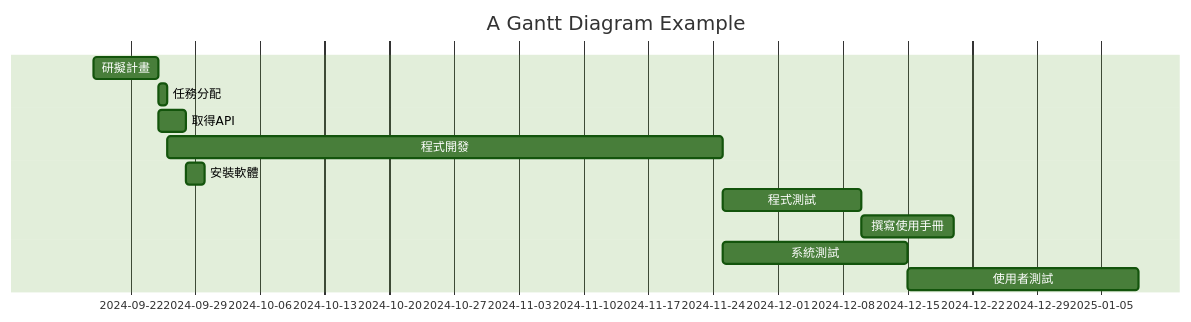
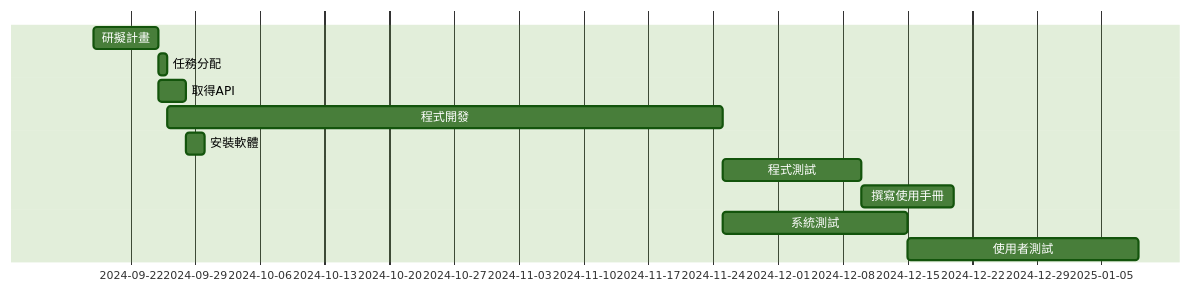
The first of 3 diagrams in 系統分析/team_HW2/HW.md (j50301a/AI-answer-correction), drawn with Mermaid (forest theme) before and after one commit. The commit also changed other lines of this file, not shown here.

````diff
--- a/系統分析/team_HW2/HW.md
+++ b/系統分析/team_HW2/HW.md
@@ -1,19 +2,18 @@
 ```mermaid
 gantt
-    title A Gantt Diagram Example
 
     dateFormat  YYYY-MM-DD
     axisFormat  %Y-%m-%d
 
     研擬計畫           :a1, 2024-9-18, 7d
     任務分配           :a2, after a1, 1d
     取得API           :a3, after a1, 3d
 
     程式開發           :a4, after a2, 60d
     安裝軟體           :a5, after a3, 2d
 
     程式測試           :a6, after a4, 15d
     撰寫使用手冊        :a7, after a6, 10d
     系統測試           :a8, after a4, 20d
     使用者測試         :a9, after a8, 25d
 ```
````
